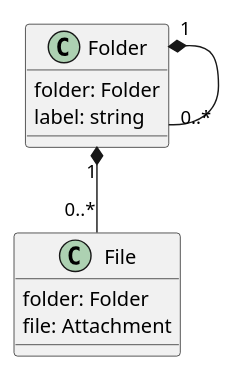
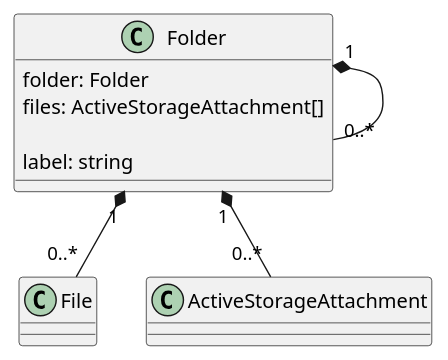
Before and after one commit to tofoli/ruby-dev-test-1: the diagram in README.md, drawn with PlantUML. The commit also changed other lines of this file and 16 other files, not shown here.

Commit message:
Criado a model de `Folder e instalado active_storage

````diff
--- a/README.md
+++ b/README.md
@@ -11,14 +11,12 @@
 ```plantuml
 Folder "1" *-- "0..*" Folder
 Folder "1" *-- "0..*" File
+Folder "1" *-- "0..*" ActiveStorageAttachment
 
 class Folder {
   folder: Folder
+  files: ActiveStorageAttachment[]
+
   label: string
 }
-
-class File {
-  folder: Folder
-  file: Attachment
-}
 ```
````
